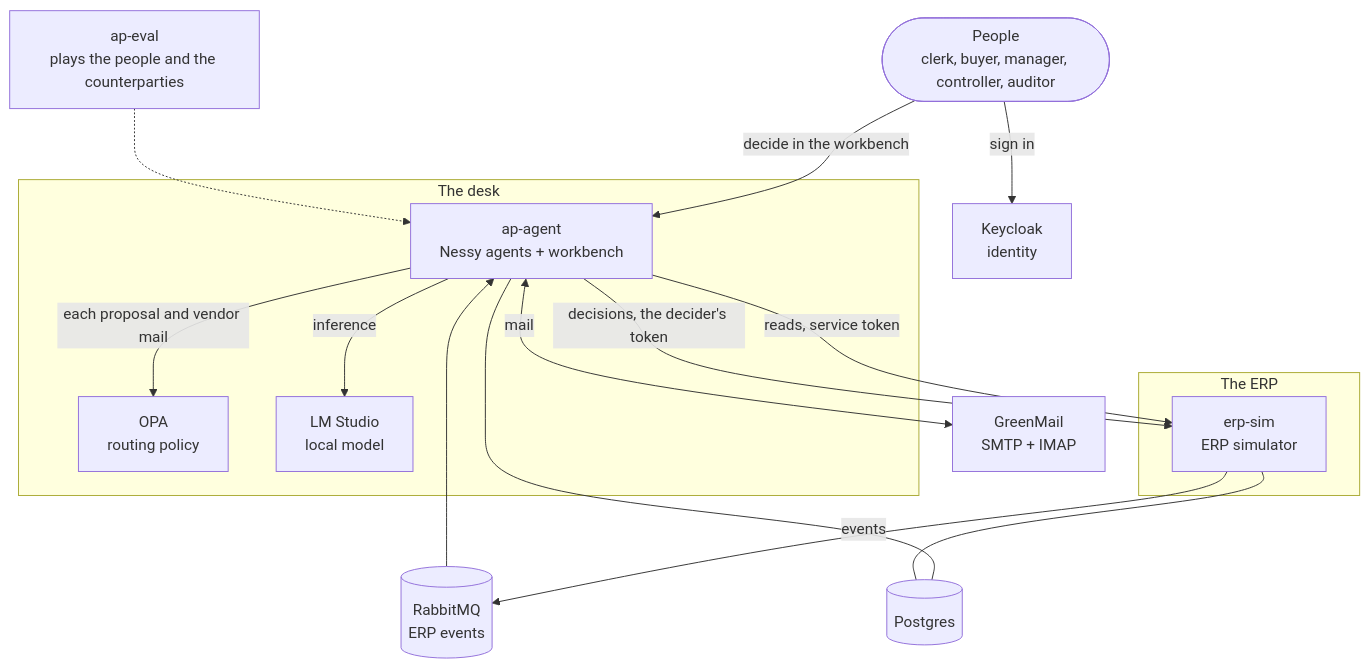
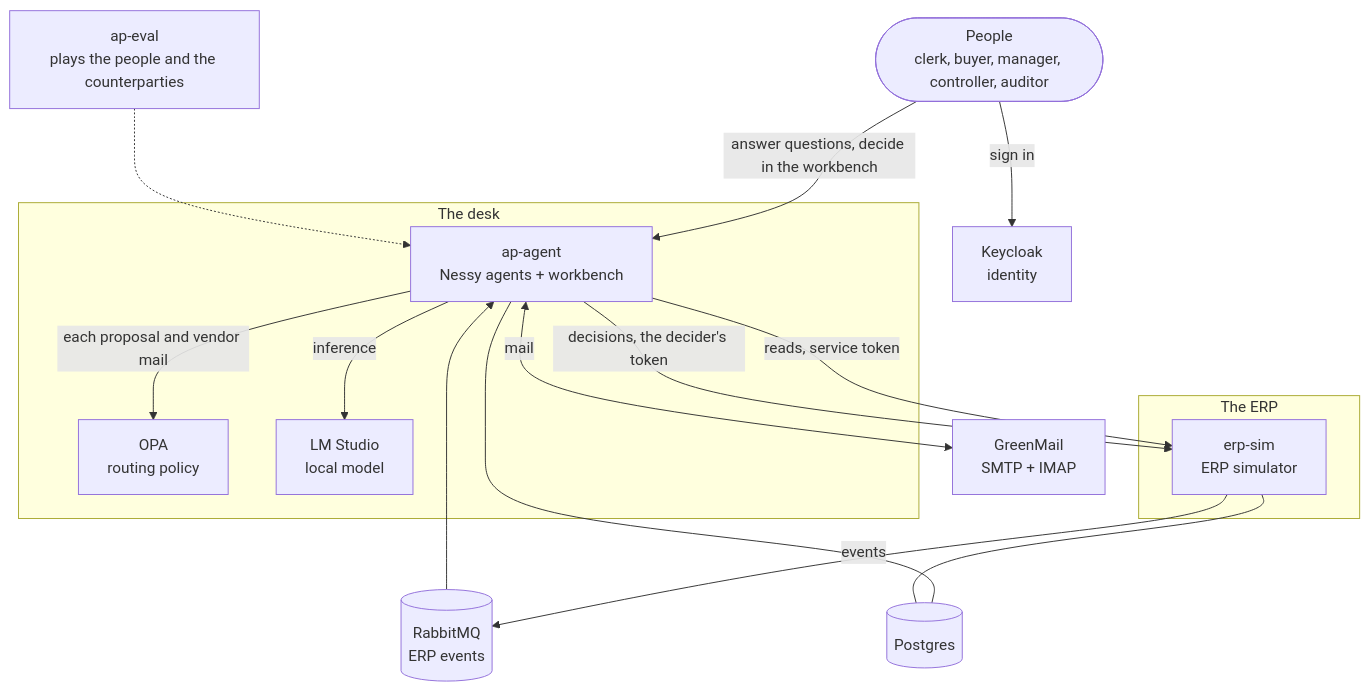
The first of 4 diagrams in docs/system.md (jwcarman/nessy-ap), drawn with Mermaid before and after one commit. The commit also changed other lines of this file and 8 other files, not shown here.

````diff
--- a/docs/system.md
+++ b/docs/system.md
@@ -19,33 +20,33 @@
 ```mermaid
 flowchart TB
   PEOPLE([People<br/>clerk, buyer, manager, controller, auditor])
   EVAL[ap-eval<br/>plays the people and the counterparties]
   KC[Keycloak<br/>identity]
 
   subgraph DESK[The desk]
     AGENT[ap-agent<br/>Nessy agents + workbench]
     OPA[OPA<br/>routing policy]
     LLM[LM Studio<br/>local model]
   end
 
   MAIL[GreenMail<br/>SMTP + IMAP]
   MQ[(RabbitMQ<br/>ERP events)]
 
   subgraph ERPSIDE[The ERP]
     ERP[erp-sim<br/>ERP simulator]
   end
 
   PG[(Postgres)]
 
   PEOPLE -- sign in --> KC
-  PEOPLE -- decide in the workbench --> AGENT
+  PEOPLE -- answer questions, decide in the workbench --> AGENT
   EVAL -.-> AGENT
   AGENT -- each proposal and vendor mail --> OPA
   AGENT -- inference --> LLM
   AGENT <-- mail --> MAIL
   ERP -- events --> MQ --> AGENT
   AGENT -- reads, service token --> ERP
   AGENT -- decisions, the decider's token --> ERP
   AGENT --- PG
   ERP --- PG
 ```
````
